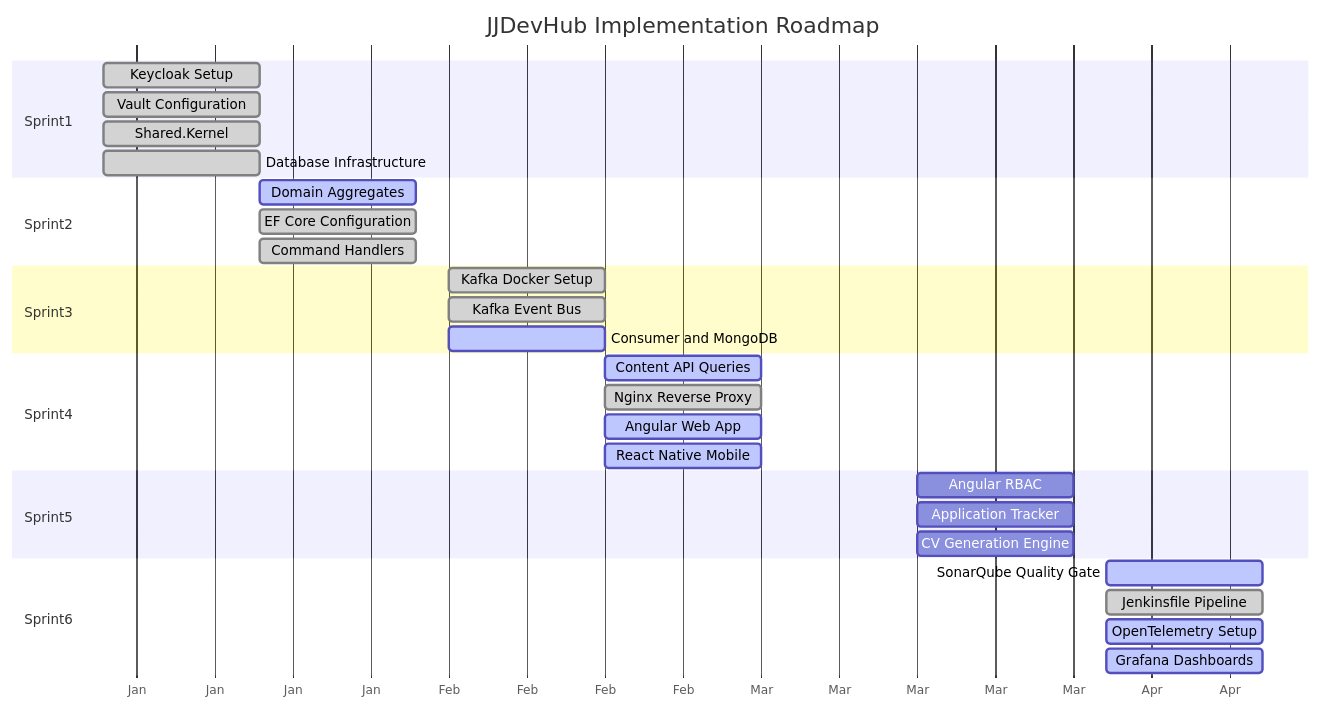
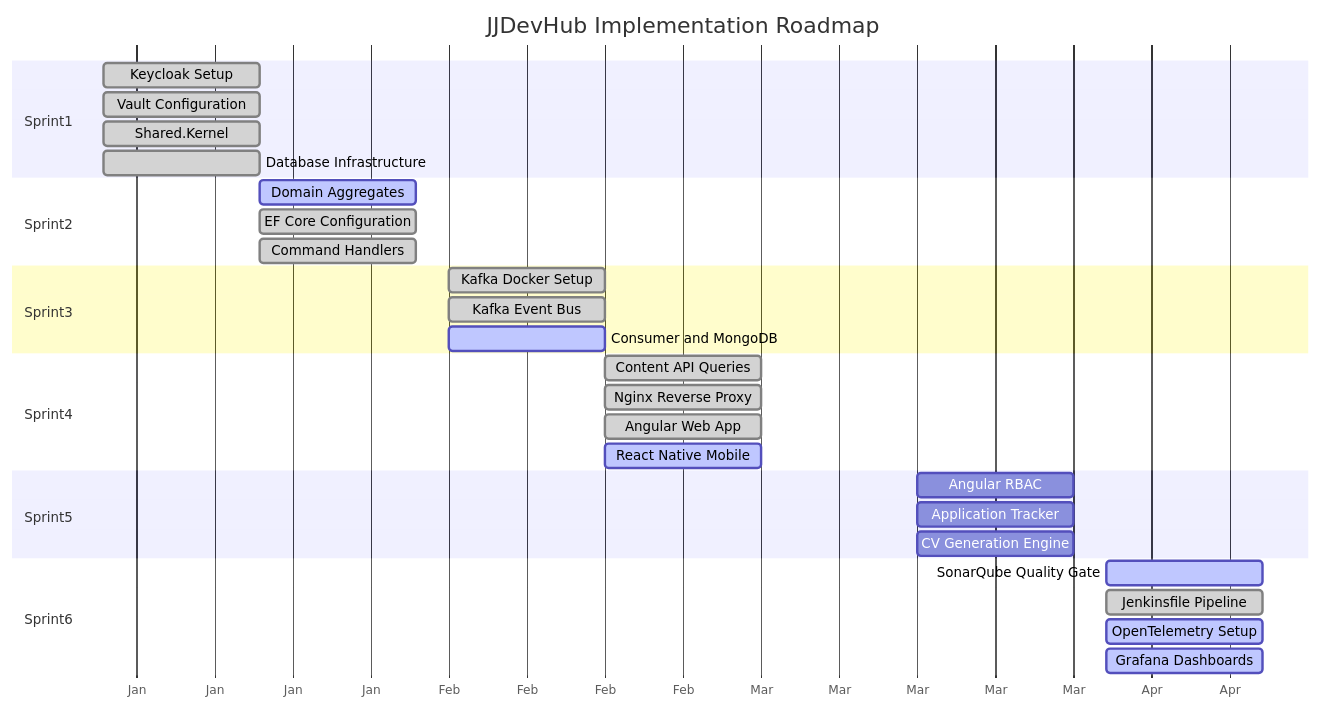
The diagram in docs/backlog/README.md (jtjaskulski/JJDevHub), drawn with Mermaid before and after one commit. The commit also changed other lines of this file and 107 other files, not shown here.

````diff
--- a/docs/backlog/README.md
+++ b/docs/backlog/README.md
@@ -15,39 +15,39 @@
 ```mermaid
 gantt
     title JJDevHub Implementation Roadmap
     dateFormat YYYY-MM-DD
     axisFormat %b
 
     section Sprint1
     Keycloak Setup           :done, s1t1, 2026-01-01, 14d
     Vault Configuration      :done, s1t2, 2026-01-01, 14d
     Shared.Kernel            :done, s1t3, 2026-01-01, 14d
     Database Infrastructure  :done, s1t4, 2026-01-01, 14d
 
     section Sprint2
     Domain Aggregates        :active, s2t1, 2026-01-15, 14d
     EF Core Configuration    :done, s2t2, 2026-01-15, 14d
     Command Handlers         :done, s2t3, 2026-01-15, 14d
 
     section Sprint3
     Kafka Docker Setup       :done, s3t1, 2026-02-01, 14d
     Kafka Event Bus          :done, s3t2, 2026-02-01, 14d
     Consumer and MongoDB     :active, s3t3, 2026-02-01, 14d
 
     section Sprint4
-    Content API Queries      :active, s4t1, 2026-02-15, 14d
+    Content API Queries      :done, s4t1, 2026-02-15, 14d
     Nginx Reverse Proxy      :done, s4t2, 2026-02-15, 14d
-    Angular Web App          :active, s4t3, 2026-02-15, 14d
+    Angular Web App          :done, s4t3, 2026-02-15, 14d
     React Native Mobile      :active, s4t4, 2026-02-15, 14d
 
     section Sprint5
     Angular RBAC             :s5t1, 2026-03-15, 14d
     Application Tracker      :s5t2, 2026-03-15, 14d
     CV Generation Engine     :s5t3, 2026-03-15, 14d
 
     section Sprint6
     SonarQube Quality Gate   :active, s6t1, 2026-04-01, 14d
     Jenkinsfile Pipeline     :done, s6t2, 2026-04-01, 14d
     OpenTelemetry Setup      :active, s6t3, 2026-04-01, 14d
     Grafana Dashboards       :active, s6t4, 2026-04-01, 14d
 ```
````
